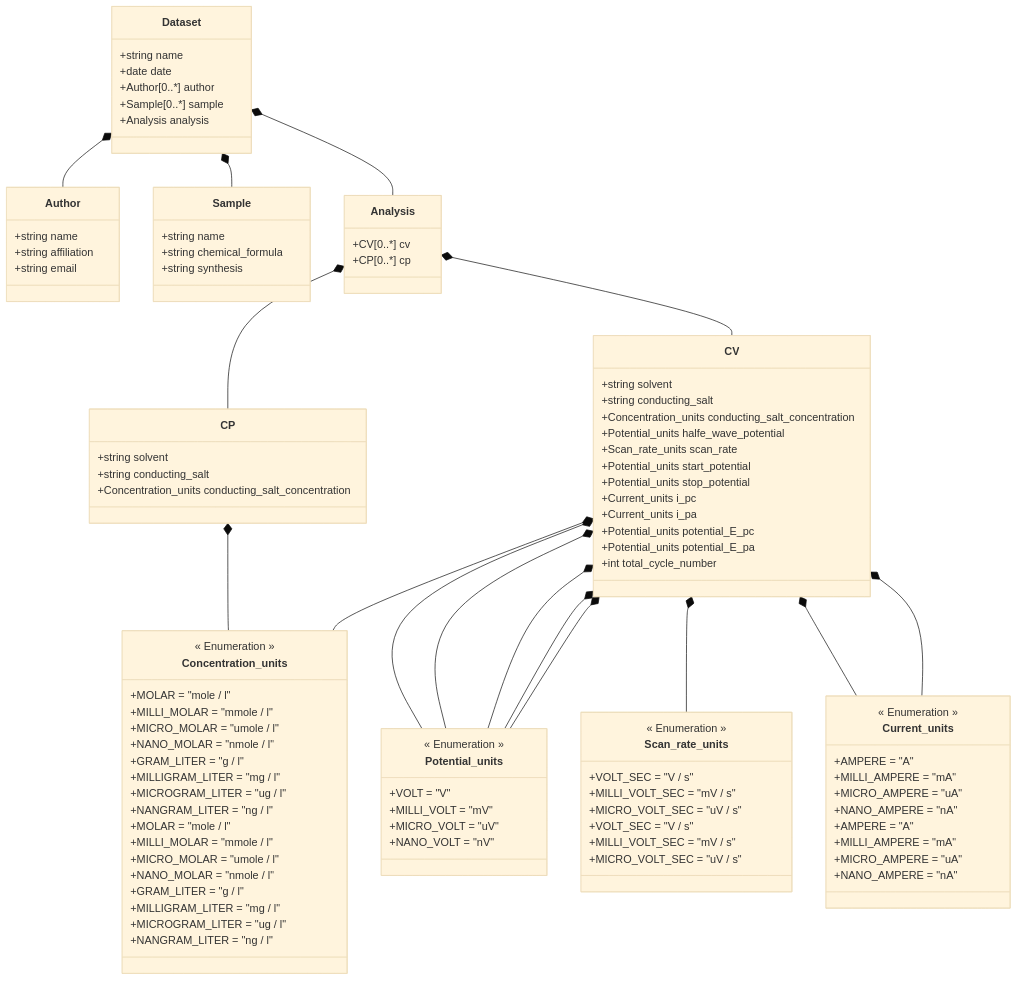
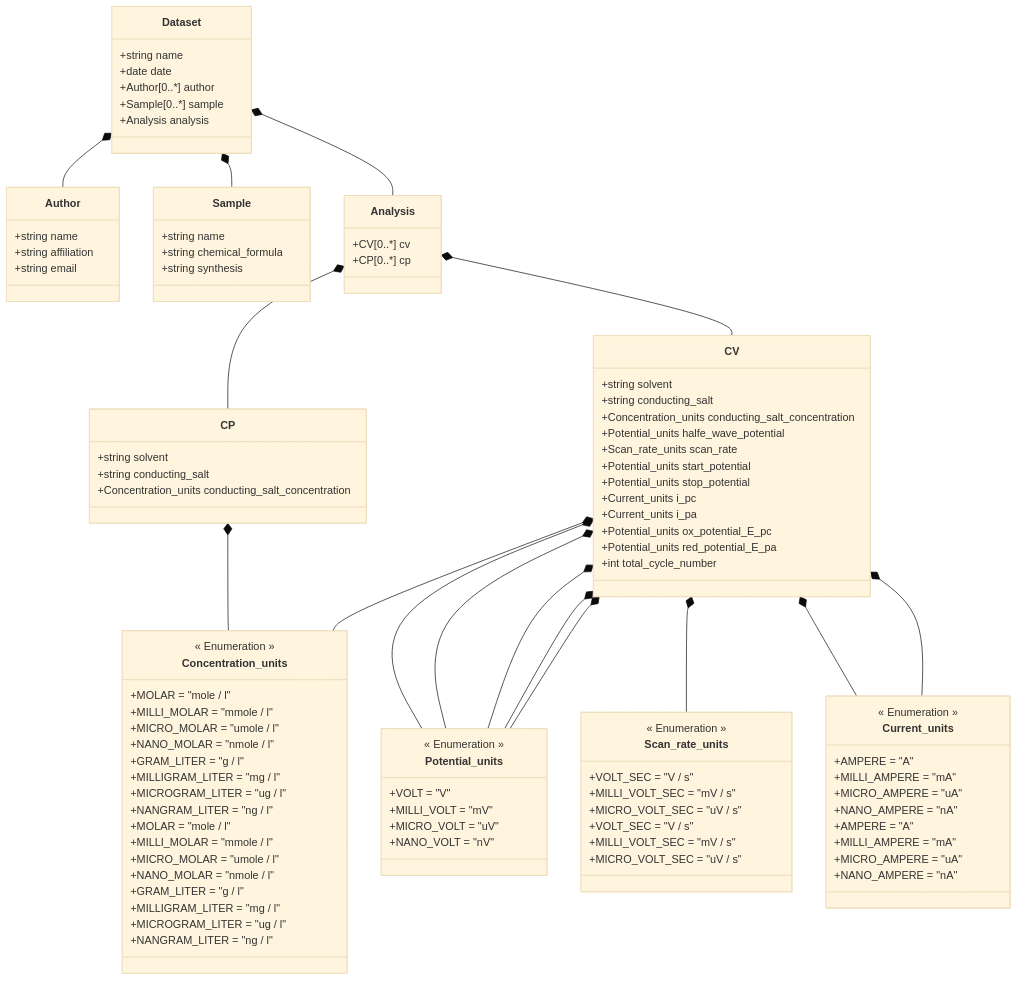
The diagram in ElectrochemistryDataModel/schemes/Datamodel for Electrochemistry.md (FAIRChemistry/datamodel-electrochemistry), drawn with Mermaid (base theme) before and after one commit. The commit also changed 7 other files, not shown here.

```diff
--- a/ElectrochemistryDataModel/schemes/Datamodel for Electrochemistry.md
+++ b/ElectrochemistryDataModel/schemes/Datamodel for Electrochemistry.md
@@ -51,8 +51,8 @@
         +Potential_units stop_potential
         +Current_units i_pc
         +Current_units i_pa
-        +Potential_units potential_E_pc
-        +Potential_units potential_E_pa
+        +Potential_units ox_potential_E_pc
+        +Potential_units red_potential_E_pa
         +int total_cycle_number
     }
     
```
